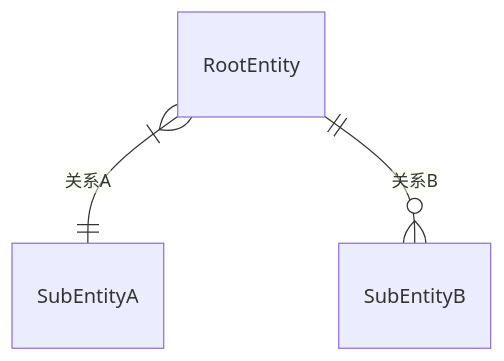
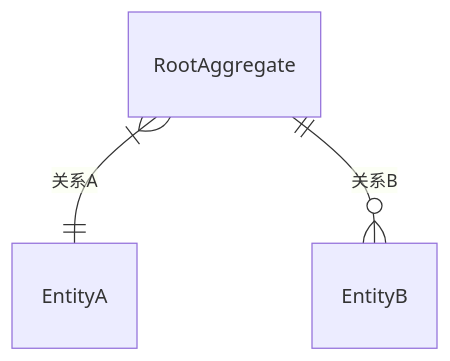
Before and after one commit to oleewen/ai-master: the second of 7 diagrams in .cursor/rules/architecture-design-guidelines.mdc, drawn with Mermaid. The commit also changed other lines of this file and 1 other file, not shown here.

````diff
--- a/.cursor/rules/architecture-design-guidelines.mdc
+++ b/.cursor/rules/architecture-design-guidelines.mdc
@@ -53,5 +68,5 @@
 ```mermaid
 erDiagram
-    RootEntity }|--|| SubEntityA : "关系A"
-    RootEntity ||--o{ SubEntityB : "关系B"
+    RootAggregate }|--|| EntityA : "关系A"
+    RootAggregate ||--o{ EntityB : "关系B"
 ```
````
